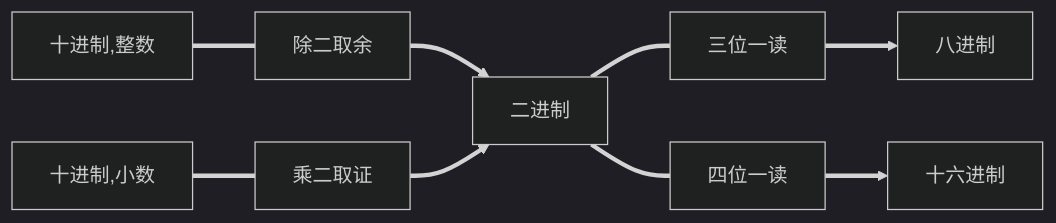
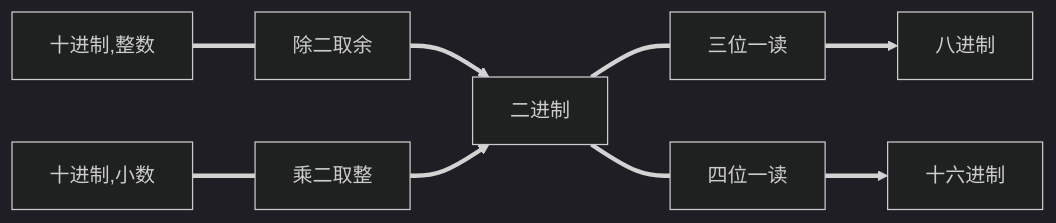
One commit to codesnoodles/ASM changed the second of 3 diagrams in 1.md. Above: the diagram before and after it, drawn with Mermaid (dark theme). The commit also changed 3 other files, not shown here.

````diff
--- a/1.md
+++ b/1.md
@@ -136,7 +136,7 @@
 ```mermaid
 flowchart LR
 D_1[十进制,整数]===除二取余==>B[二进制]
-D_2[十进制,小数]===乘二取证==>B
+D_2[十进制,小数]===乘二取整==>B
 B===三位一读==>Q[八进制]
 B===四位一读==>H[十六进制]
 ```
````
